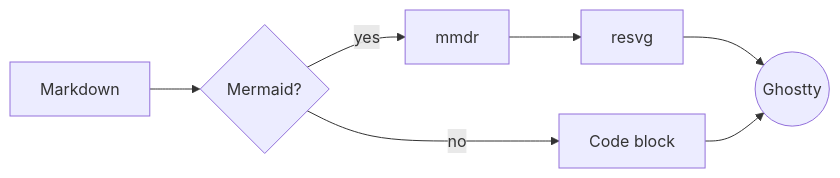
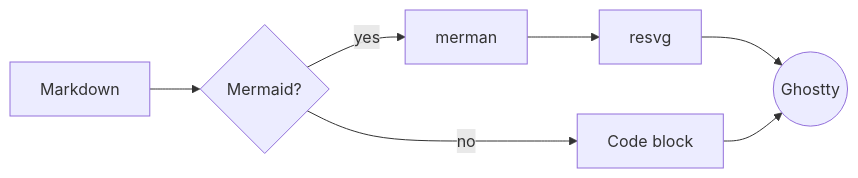
Before and after one commit to turchenkoalex/martty: the first of 4 diagrams in demo.md, drawn with Mermaid. The commit also changed 10 other files, not shown here.

First line of the commit message:
Render Mermaid with merman

````diff
--- a/demo.md
+++ b/demo.md
@@ -291,8 +291,8 @@
 ```mermaid
 flowchart LR
     A[Markdown] --> B{Mermaid?}
-    B -->|yes| C[mmdr]
+    B -->|yes| C[merman]
     B -->|no| D[Code block]
     C --> E[resvg] --> F((Ghostty))
     D --> F
 ```
````
